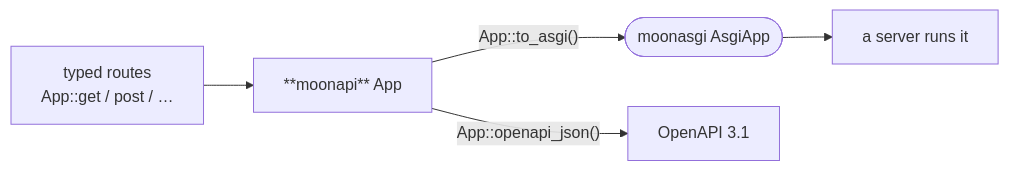
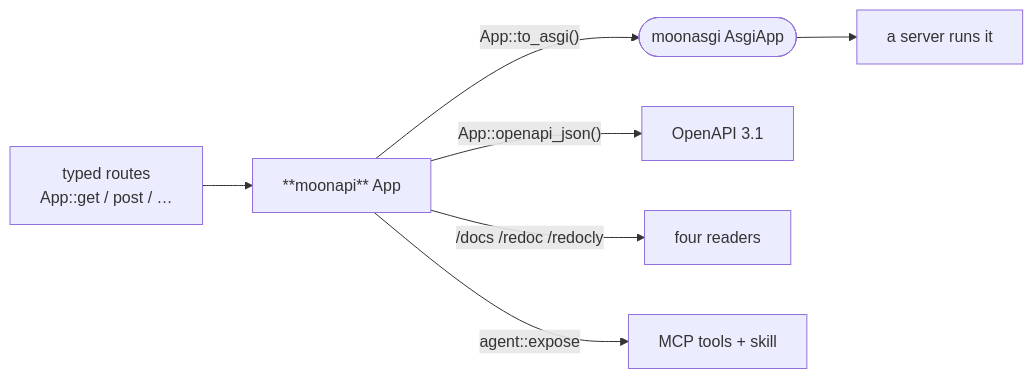
One commit to moonbitstack/moonapi changed the diagram in README.md. Above: the diagram before and after it, drawn with Mermaid. The commit also changed other lines of this file and 2 other files, not shown here.

````diff
--- a/README.md
+++ b/README.md
@@ -18,7 +19,9 @@
 ```mermaid
 flowchart LR
   routes["typed routes<br/>App::get / post / …"] --> app["**moonapi** App"]
   app -->|"App::to_asgi()"| asgi(["moonasgi AsgiApp"])
   app -->|"App::openapi_json()"| spec["OpenAPI 3.1"]
+  app -->|"/docs /redoc /redocly"| pages["four readers"]
+  app -->|"agent::expose"| mcp["MCP tools + skill"]
   asgi --> cat["a server runs it"]
 ```
````
